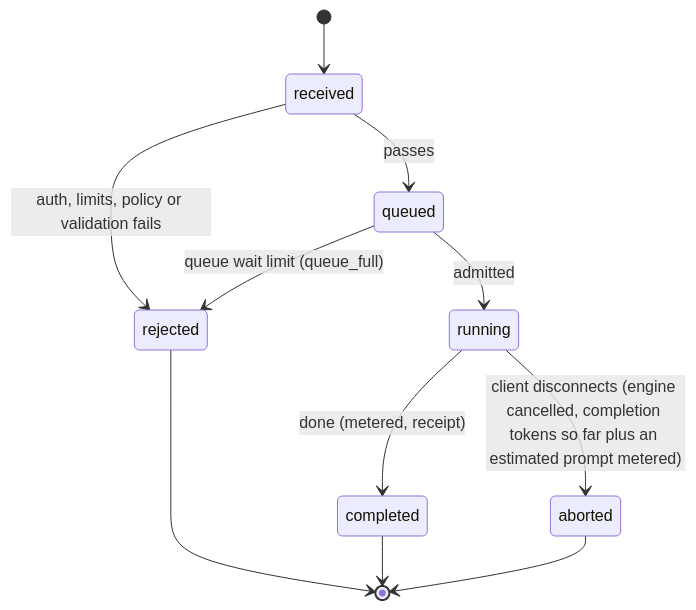
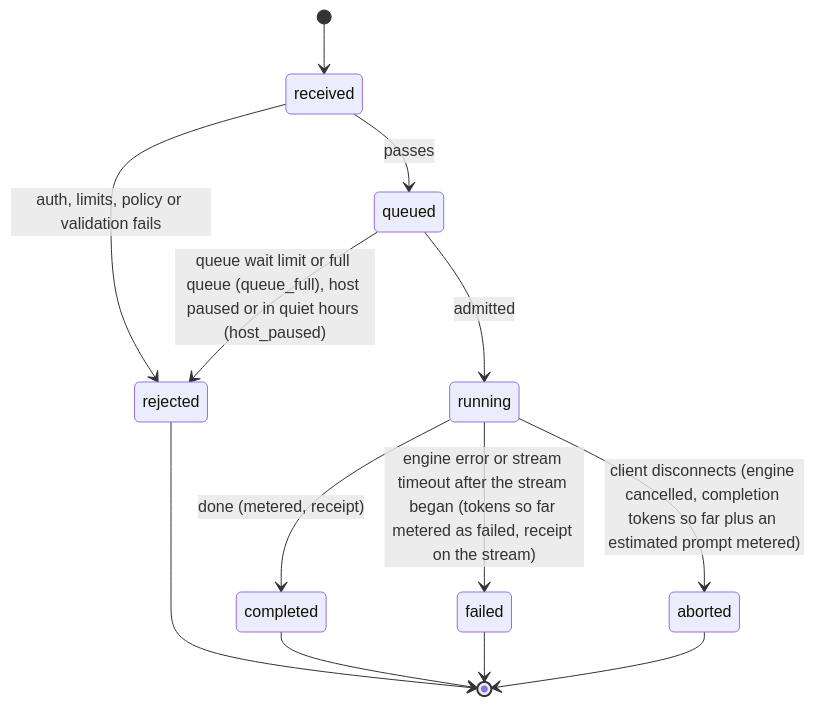
The third of 10 diagrams in docs/design_docs/lld.md (inCoderKaka/local-server), drawn with Mermaid before and after one commit. The commit also changed other lines of this file, not shown here.

````diff
--- a/docs/design_docs/lld.md
+++ b/docs/design_docs/lld.md
@@ -197,13 +264,15 @@
 ```mermaid
 stateDiagram-v2
   [*] --> received
   received --> rejected: auth, limits, policy or validation fails
   received --> queued: passes
-  queued --> rejected: queue wait limit (queue_full)
+  queued --> rejected: queue wait limit or full queue (queue_full), host paused or in quiet hours (host_paused)
   queued --> running: admitted
   running --> completed: done (metered, receipt)
+  running --> failed: engine error or stream timeout after the stream began (tokens so far metered as failed, receipt on the stream)
   running --> aborted: client disconnects (engine cancelled, completion tokens so far plus an estimated prompt metered)
   rejected --> [*]
   completed --> [*]
+  failed --> [*]
   aborted --> [*]
 ```
````
